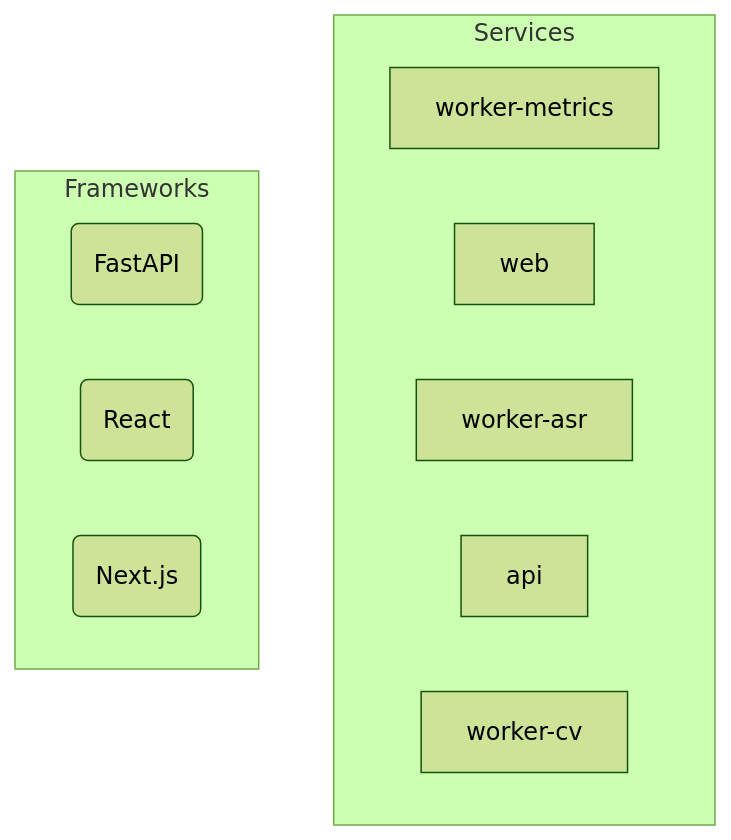
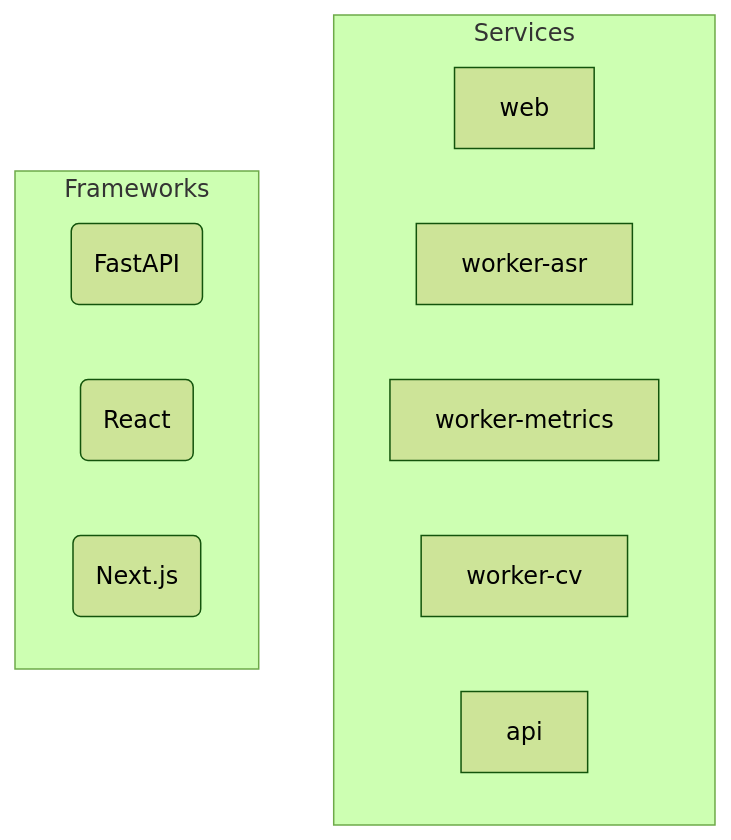
Before and after one commit to NITISH-R-G/PedagogyX: the diagram in README.md, drawn with Mermaid (forest theme). The commit also changed other lines of this file and 3 other files, not shown here.

Commit message:
docs: auto-generate repository documentation and diagrams [skip ci]

````diff
--- a/README.md
+++ b/README.md
@@ -38,22 +38,22 @@
 ```mermaid
 graph TD
     subgraph Services
-        worker_metrics["worker-metrics"]
-        click worker_metrics href "services/worker-metrics" "Go to worker-metrics source"
         web["web"]
         click web href "services/web" "Go to web source"
         worker_asr["worker-asr"]
         click worker_asr href "services/worker-asr" "Go to worker-asr source"
+        worker_metrics["worker-metrics"]
+        click worker_metrics href "services/worker-metrics" "Go to worker-metrics source"
+        worker_cv["worker-cv"]
+        click worker_cv href "services/worker-cv" "Go to worker-cv source"
         api["api"]
         click api href "services/api" "Go to api source"
-        worker_cv["worker-cv"]
-        click worker_cv href "services/worker-cv" "Go to worker-cv source"
     end
 
     subgraph Frameworks
         FastAPI(FastAPI)
         React(React)
         Next_js(Next.js)
     end
 
 ```
````
